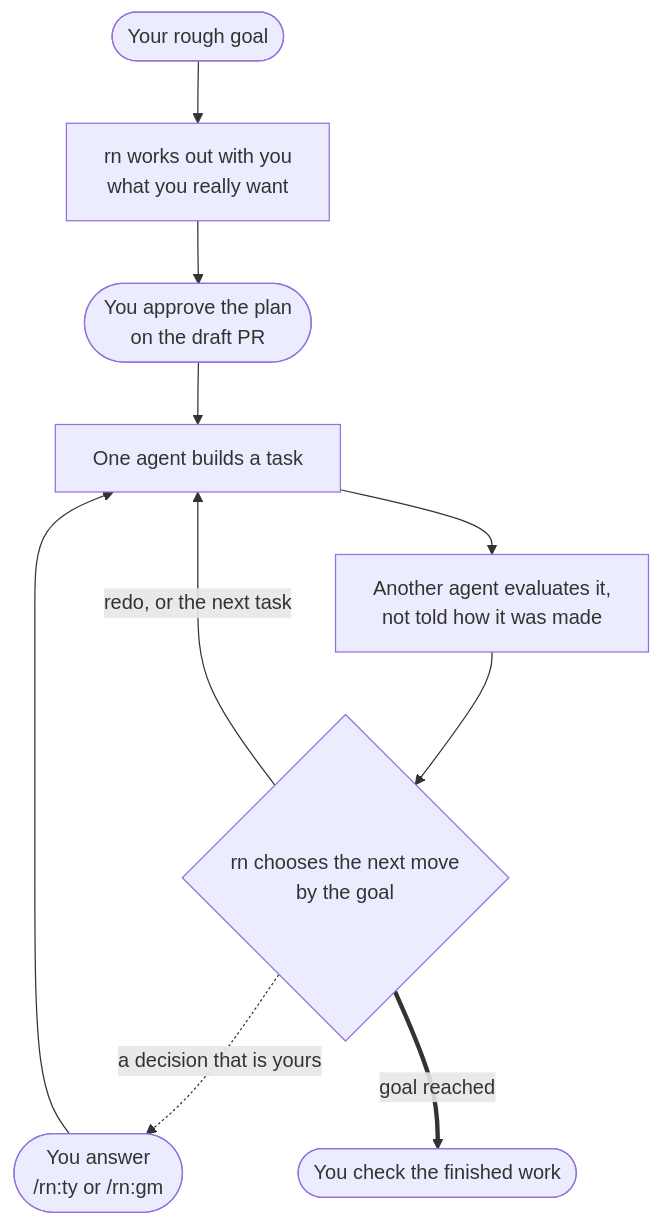
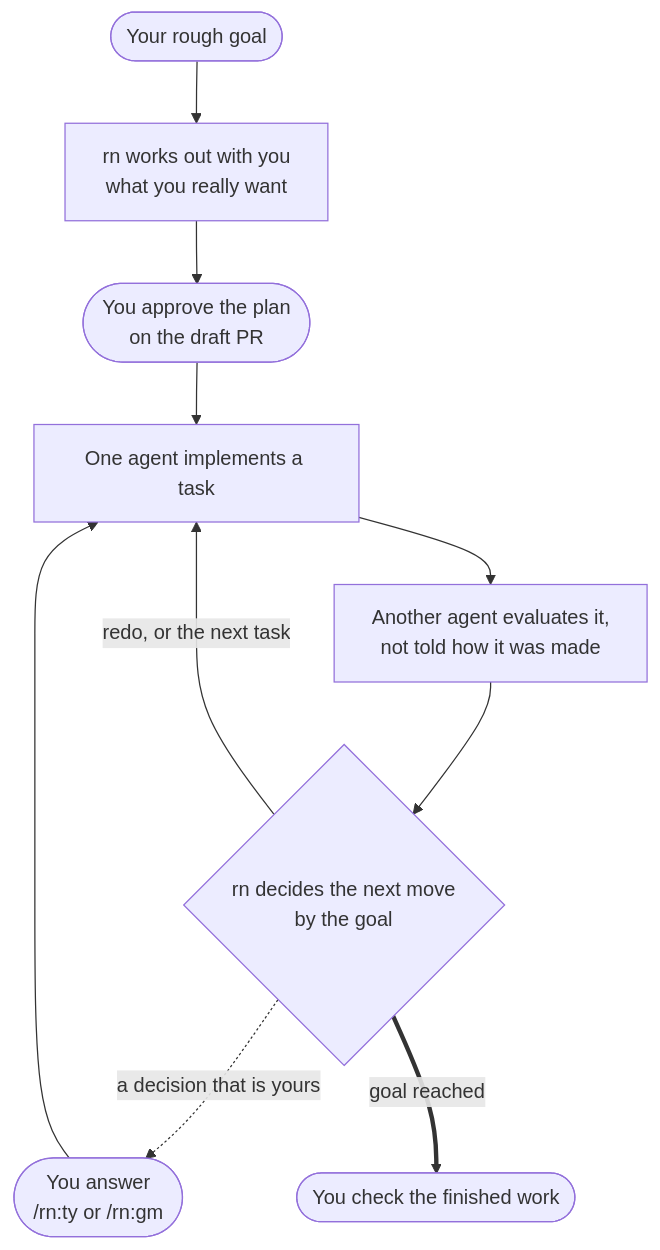
The first of 2 diagrams in rn/README.md (lovaizu/ccpm), drawn with Mermaid before and after one commit. The commit also changed other lines of this file and 11 other files, not shown here.

First line of the commit message:
feat(rn): the conductor decides every next move by the Goal; ty and gm record and stop; one vocabulary

````diff
--- a/rn/README.md
+++ b/rn/README.md
@@ -21,12 +21,12 @@
 ```mermaid
 flowchart TD
   G([Your rough goal]) --> O[rn works out with you<br/>what you really want]
   O --> P([You approve the plan<br/>on the draft PR])
-  P --> B[One agent builds a task]
+  P --> B[One agent implements a task]
   B --> J[Another agent evaluates it,<br/>not told how it was made]
-  J --> C{rn chooses the next move<br/>by the goal}
+  J --> C{rn decides the next move<br/>by the goal}
   C -->|redo, or the next task| B
   C -.->|a decision that is yours| Y([You answer<br/>/rn:ty or /rn:gm])
   Y --> B
   C ==>|goal reached| D([You check the finished work])
 ```
````
